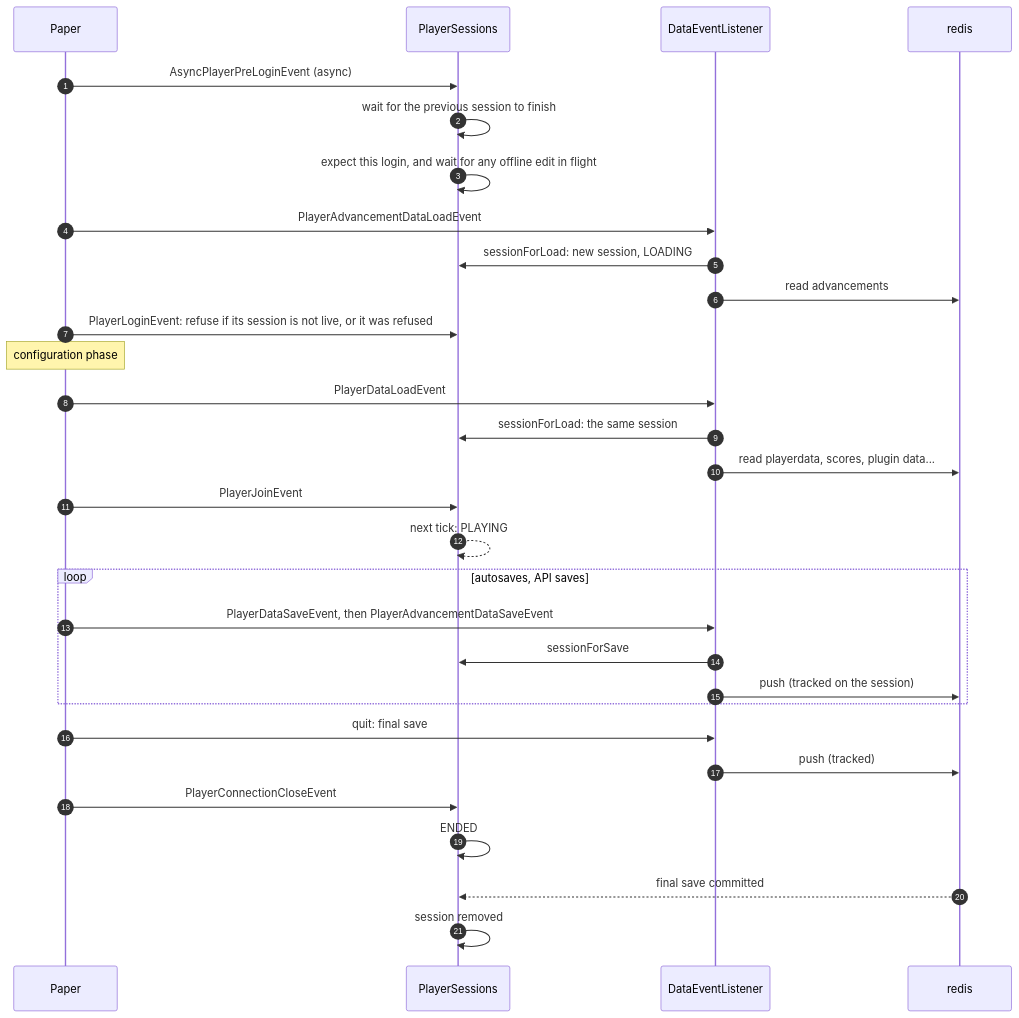
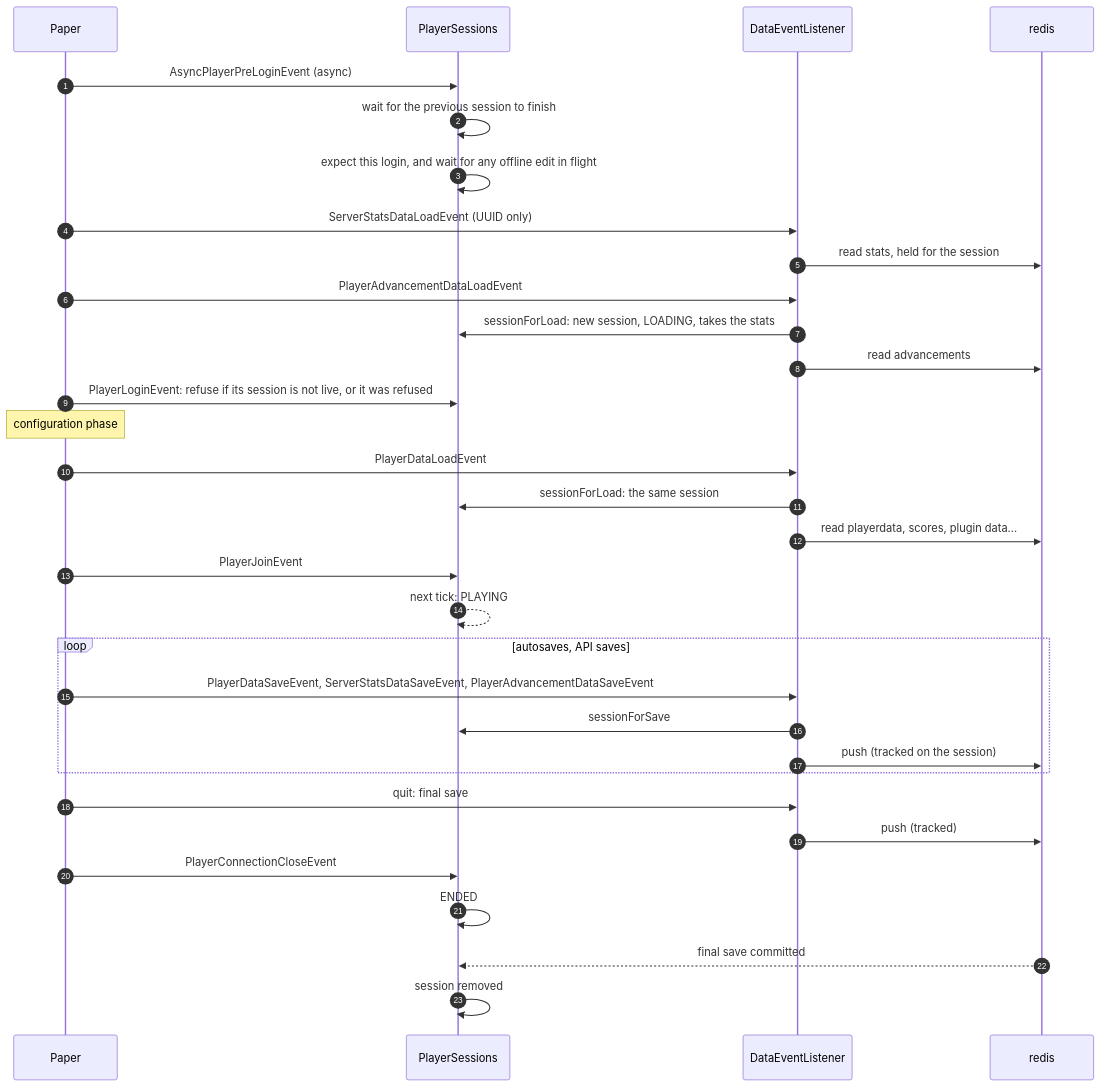
One commit to TeamMonumenta/monumenta-server-management changed the second of 4 diagrams in redis-sync/ARCHITECTURE.md. Above: the diagram before and after it, drawn with Mermaid. The commit also changed other lines of this file and 16 other files, not shown here.

First line of the commit message:
Integrate player stats with player sessions, test stats

````diff
--- a/redis-sync/ARCHITECTURE.md
+++ b/redis-sync/ARCHITECTURE.md
@@ -126,32 +129,34 @@
 ```mermaid
 sequenceDiagram
     autonumber
     participant P as Paper
     participant S as PlayerSessions
     participant D as DataEventListener
     participant R as redis
     P->>S: AsyncPlayerPreLoginEvent (async)
     S->>S: wait for the previous session to finish
     S->>S: expect this login, and wait for any offline edit in flight
+    P->>D: ServerStatsDataLoadEvent (UUID only)
+    D->>R: read stats, held for the session
     P->>D: PlayerAdvancementDataLoadEvent
-    D->>S: sessionForLoad: new session, LOADING
+    D->>S: sessionForLoad: new session, LOADING, takes the stats
     D->>R: read advancements
     P->>S: PlayerLoginEvent: refuse if its session is not live, or it was refused
     Note over P: configuration phase
     P->>D: PlayerDataLoadEvent
     D->>S: sessionForLoad: the same session
     D->>R: read playerdata, scores, plugin data...
     P->>S: PlayerJoinEvent
     S-->>S: next tick: PLAYING
     loop autosaves, API saves
-        P->>D: PlayerDataSaveEvent, then PlayerAdvancementDataSaveEvent
+        P->>D: PlayerDataSaveEvent, ServerStatsDataSaveEvent, PlayerAdvancementDataSaveEvent
         D->>S: sessionForSave
         D->>R: push (tracked on the session)
     end
     P->>D: quit: final save
     D->>R: push (tracked)
     P->>S: PlayerConnectionCloseEvent
     S->>S: ENDED
     R-->>S: final save committed
     S->>S: session removed
 ```
````
